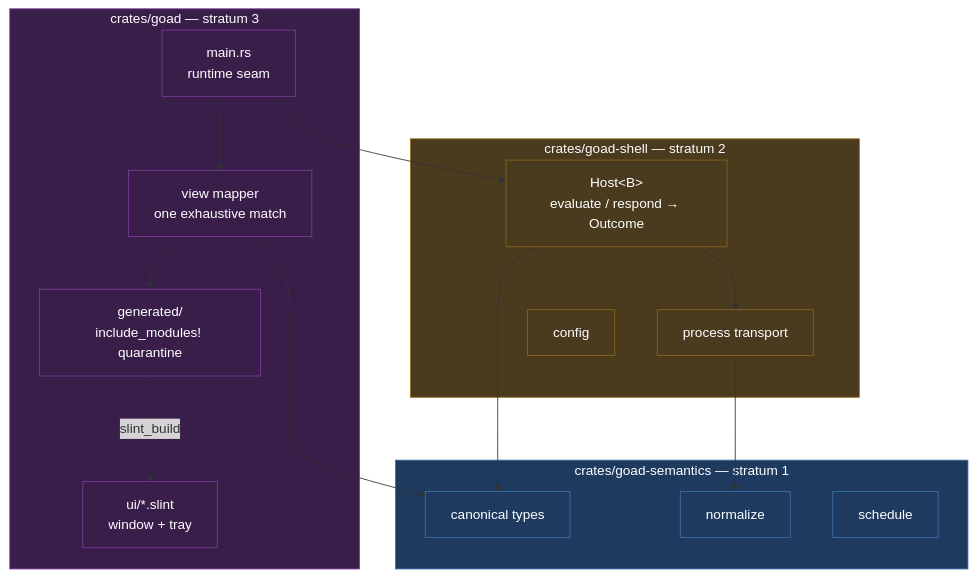
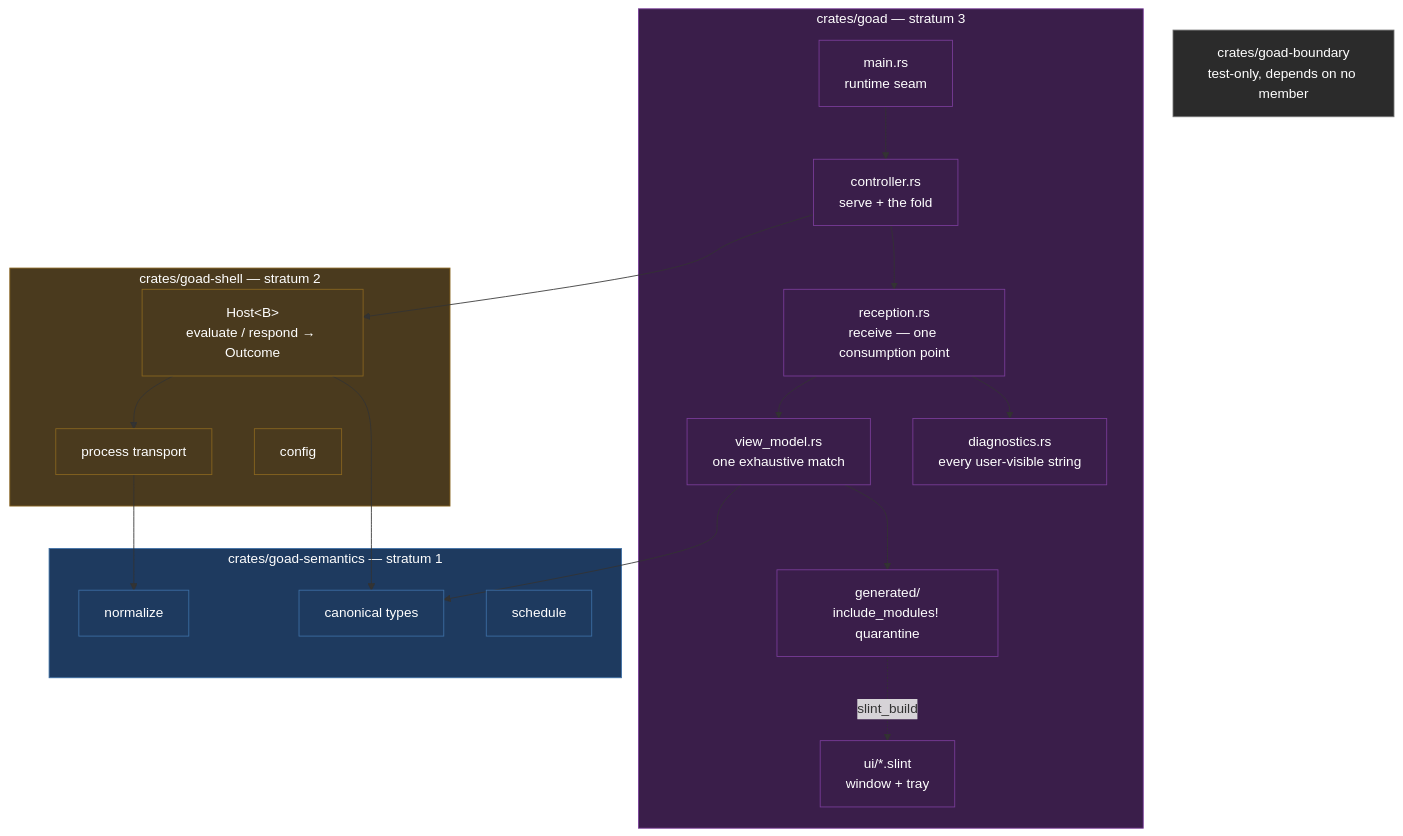
The first of 3 diagrams in docs/slices/002/design.md (davidlee/goad), drawn with Mermaid before and after one commit. The commit also changed other lines of this file and 4 other files, not shown here.

````diff
--- a/docs/slices/002/design.md
+++ b/docs/slices/002/design.md
@@ -123,35 +143,44 @@
 ```mermaid
 graph TD
   subgraph s3["crates/goad — stratum 3"]
     MAIN["main.rs<br/>runtime seam"]
-    MAP["view mapper<br/>one exhaustive match"]
+    CTL["controller.rs<br/>serve + the fold"]
+    RCV["reception.rs<br/>receive — one consumption point"]
+    MAP["view_model.rs<br/>one exhaustive match"]
+    DIAG["diagnostics.rs<br/>every user-visible string"]
     GEN["generated/<br/>include_modules! quarantine"]
     UI["ui/*.slint<br/>window + tray"]
   end
   subgraph s2["crates/goad-shell — stratum 2"]
     HOST["Host&lt;B&gt;<br/>evaluate / respond → Outcome"]
     TRANS["process transport"]
     CFG["config"]
   end
   subgraph s1["crates/goad-semantics — stratum 1"]
     CANON["canonical types"]
     NORM["normalize"]
     SCHED["schedule"]
   end
+  BND["crates/goad-boundary<br/>test-only, depends on no member"]
 
-  MAIN --> HOST
-  MAIN --> MAP
+  MAIN --> CTL
+  CTL --> HOST
+  CTL --> RCV
+  RCV --> MAP
+  RCV --> DIAG
   MAP --> CANON
   MAP --> GEN
   GEN -.->|slint_build| UI
   HOST --> TRANS
   HOST --> CANON
   TRANS --> NORM
 
   classDef pure fill:#1e3a5f,stroke:#3d6fa5,color:#fff
   classDef impure fill:#4a3a1e,stroke:#8a6620,color:#fff
   classDef view fill:#3a1e4a,stroke:#7a3d9a,color:#fff
+  classDef check fill:#2b2b2b,stroke:#777,color:#fff
   class s1,CANON,NORM,SCHED pure
   class s2,HOST,TRANS,CFG impure
-  class s3,MAIN,MAP,GEN,UI view
+  class s3,MAIN,CTL,RCV,MAP,DIAG,GEN,UI view
+  class BND check
 ```
````
